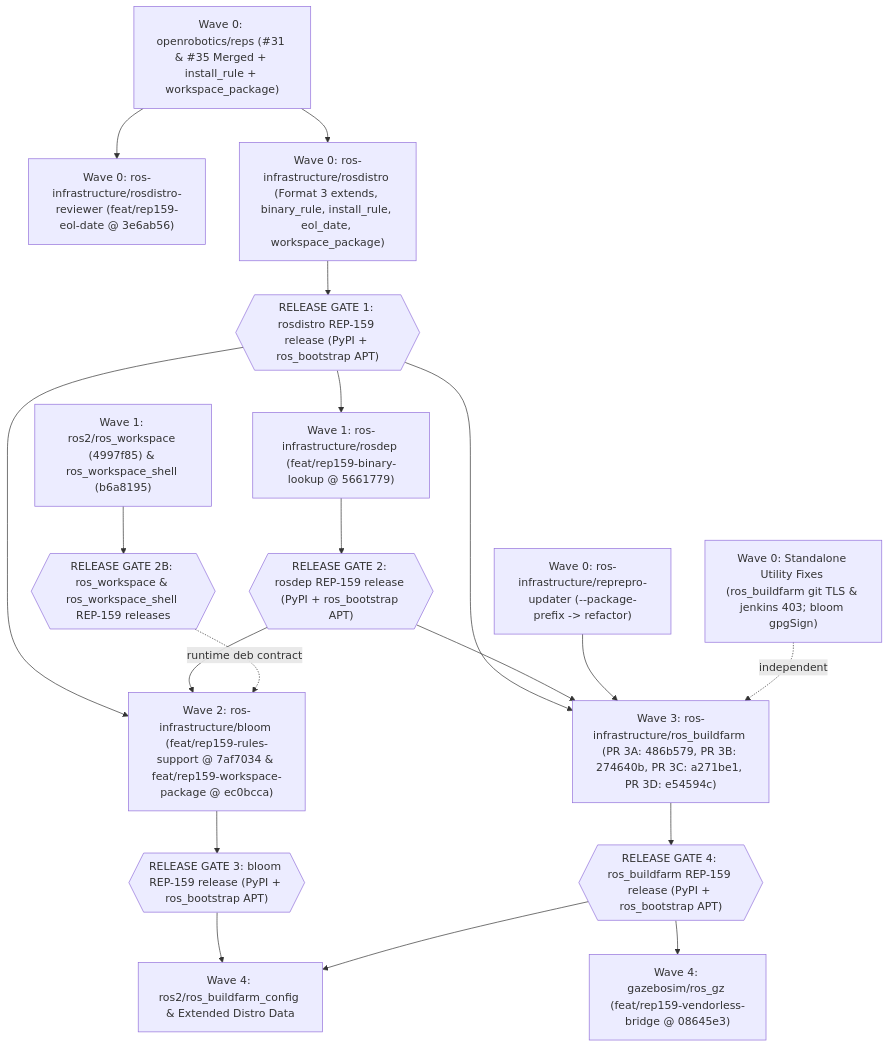
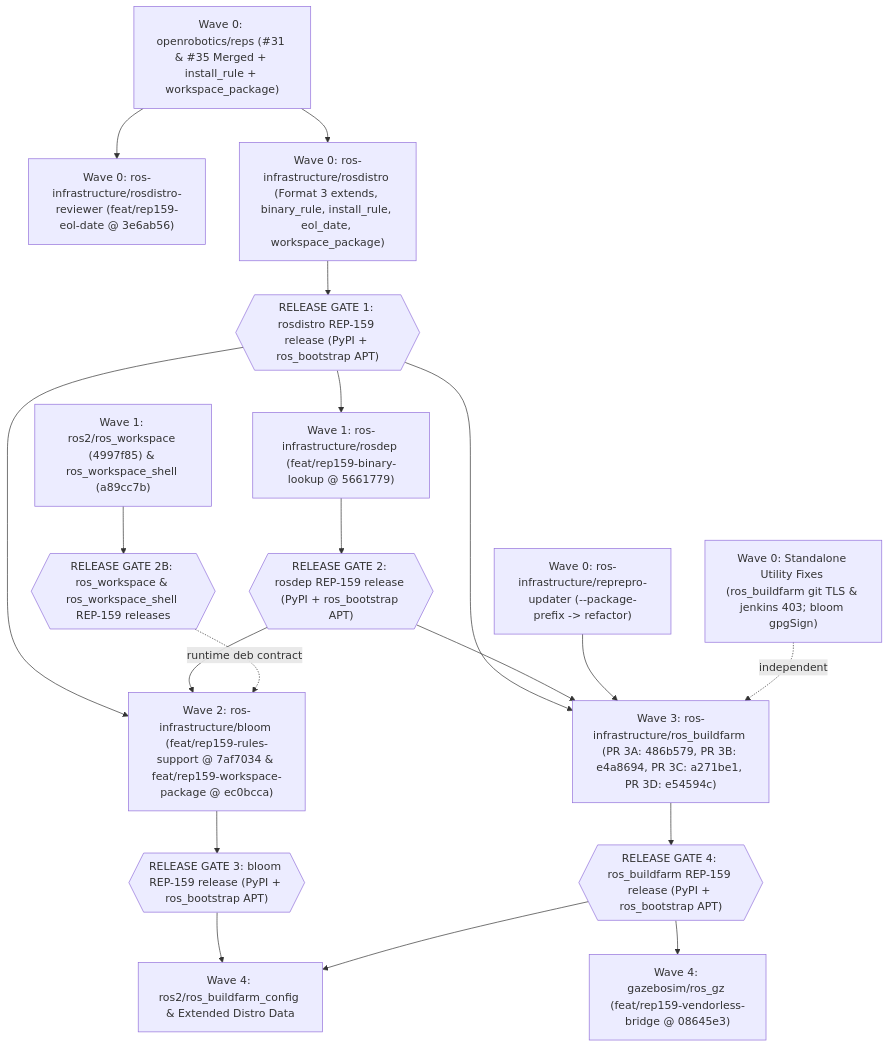
One commit to KmoM88/rep159-testing changed the diagram in roadmap/README.md. Above: the diagram before and after it, drawn with Mermaid. The commit also changed other lines of this file and 15 other files, not shown here.

Commit message:
Document review resolutions, switch ros_workspace_shell to main, and checkout Stage 6

````diff
--- a/roadmap/README.md
+++ b/roadmap/README.md
@@ -11,47 +11,47 @@
 ```mermaid
 flowchart TD
     REPS["Wave 0: openrobotics/reps (#31 & #35 Merged + install_rule + workspace_package)"]
     REPREPRO["Wave 0: ros-infrastructure/reprepro-updater (--package-prefix -> refactor)"]
     REVIEWER["Wave 0: ros-infrastructure/rosdistro-reviewer (feat/rep159-eol-date @ 3e6ab56)"]
     BF_UTIL["Wave 0: Standalone Utility Fixes (ros_buildfarm git TLS & jenkins 403; bloom gpgSign)"]
     ROSDISTRO["Wave 0: ros-infrastructure/rosdistro (Format 3 extends, binary_rule, install_rule, eol_date, workspace_package)"]
 
     GATE1{{"RELEASE GATE 1: rosdistro REP-159 release (PyPI + ros_bootstrap APT)"}}
 
     ROSDEP["Wave 1: ros-infrastructure/rosdep (feat/rep159-binary-lookup @ 5661779)"]
-    WORKSPACE["Wave 1: ros2/ros_workspace (4997f85) & ros_workspace_shell (b6a8195)"]
+    WORKSPACE["Wave 1: ros2/ros_workspace (4997f85) & ros_workspace_shell (a89cc7b)"]
 
     GATE2{{"RELEASE GATE 2: rosdep REP-159 release (PyPI + ros_bootstrap APT)"}}
     GATE2B{{"RELEASE GATE 2B: ros_workspace & ros_workspace_shell REP-159 releases"}}
 
     BLOOM["Wave 2: ros-infrastructure/bloom (feat/rep159-rules-support @ 7af7034 & feat/rep159-workspace-package @ ec0bcca)"]
     GATE3{{"RELEASE GATE 3: bloom REP-159 release (PyPI + ros_bootstrap APT)"}}
 
-    BUILDFARM["Wave 3: ros-infrastructure/ros_buildfarm (PR 3A: 486b579, PR 3B: 274640b, PR 3C: a271be1, PR 3D: e54594c)"]
+    BUILDFARM["Wave 3: ros-infrastructure/ros_buildfarm (PR 3A: 486b579, PR 3B: e4a8694, PR 3C: a271be1, PR 3D: e54594c)"]
     GATE4{{"RELEASE GATE 4: ros_buildfarm REP-159 release (PyPI + ros_bootstrap APT)"}}
 
     ROS_GZ["Wave 4: gazebosim/ros_gz (feat/rep159-vendorless-bridge @ 08645e3)"]
     CONFIG["Wave 4: ros2/ros_buildfarm_config & Extended Distro Data"]
 
     REPS --> ROSDISTRO
     REPS --> REVIEWER
     ROSDISTRO --> GATE1
     GATE1 --> ROSDEP
     ROSDEP --> GATE2
 
     GATE1 --> BLOOM
     GATE2 --> BLOOM
     WORKSPACE --> GATE2B
     GATE2B -. "runtime deb contract" .-> BLOOM
     BLOOM --> GATE3
 
     GATE1 --> BUILDFARM
     GATE2 --> BUILDFARM
     REPREPRO --> BUILDFARM
     BF_UTIL -. "independent" .-> BUILDFARM
     BUILDFARM --> GATE4
 
     GATE3 --> CONFIG
     GATE4 --> CONFIG
     GATE4 --> ROS_GZ
 ```
````
